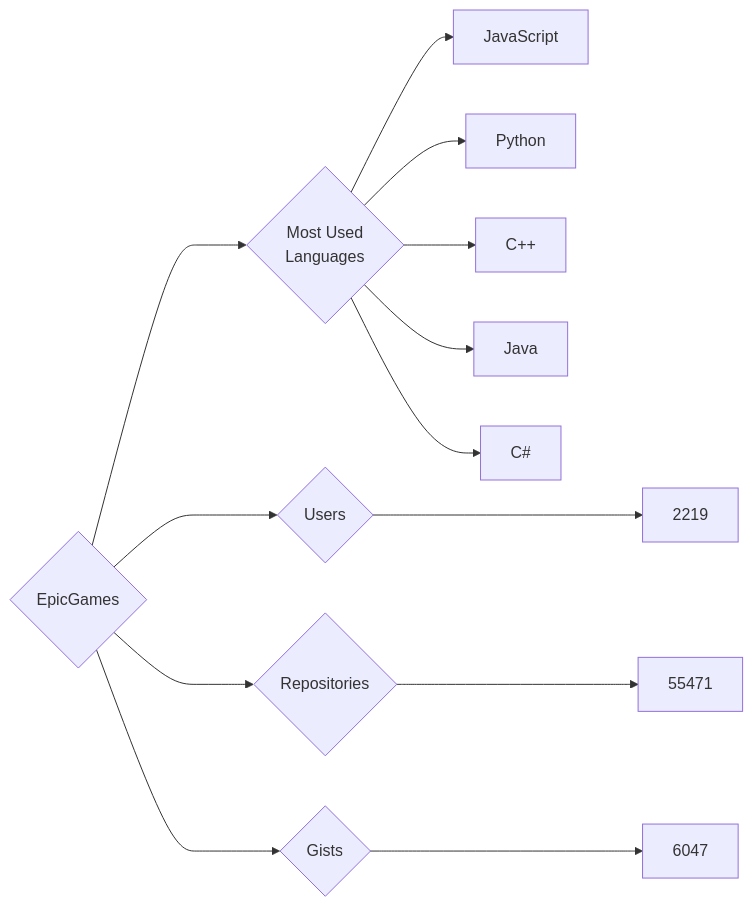
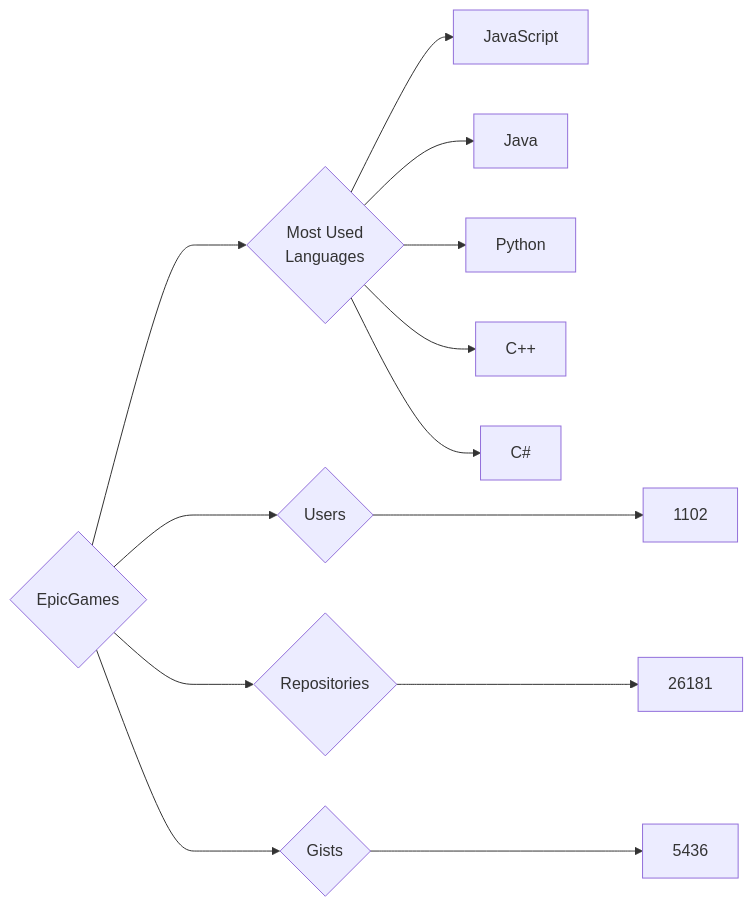
Before and after one commit to trickest/insiders: the diagram in targets/EpicGames/README.md, drawn with Mermaid. The commit also changed 976 other files, not shown here.

````diff
--- a/targets/EpicGames/README.md
+++ b/targets/EpicGames/README.md
@@ -3,13 +3,13 @@
 ```mermaid
 graph LR
 COMPANY_NAME{EpicGames}
-COMPANY_NAME ---> U{Users} ---> UN[2219]
-COMPANY_NAME ---> R{Repositories} ---> RN[55471]
-COMPANY_NAME ---> G{Gists} ---> GN[6047]
+COMPANY_NAME ---> U{Users} ---> UN[1102]
+COMPANY_NAME ---> R{Repositories} ---> RN[26181]
+COMPANY_NAME ---> G{Gists} ---> GN[5436]
 COMPANY_NAME ---> ML{Most Used<br>Languages}
 ML --> JavaScript[JavaScript]
+ML --> Java[Java]
 ML --> Python[Python]
 ML --> C++[C++]
-ML --> Java[Java]
 ML --> C#[C#]
 ```
````
